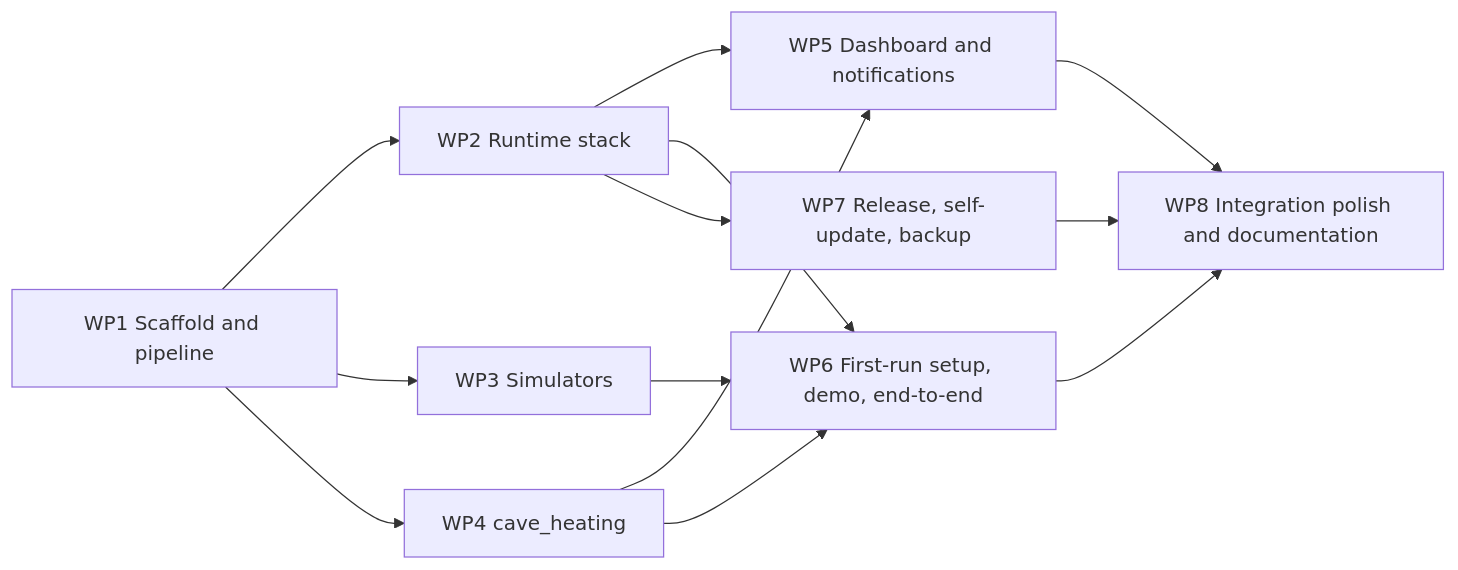
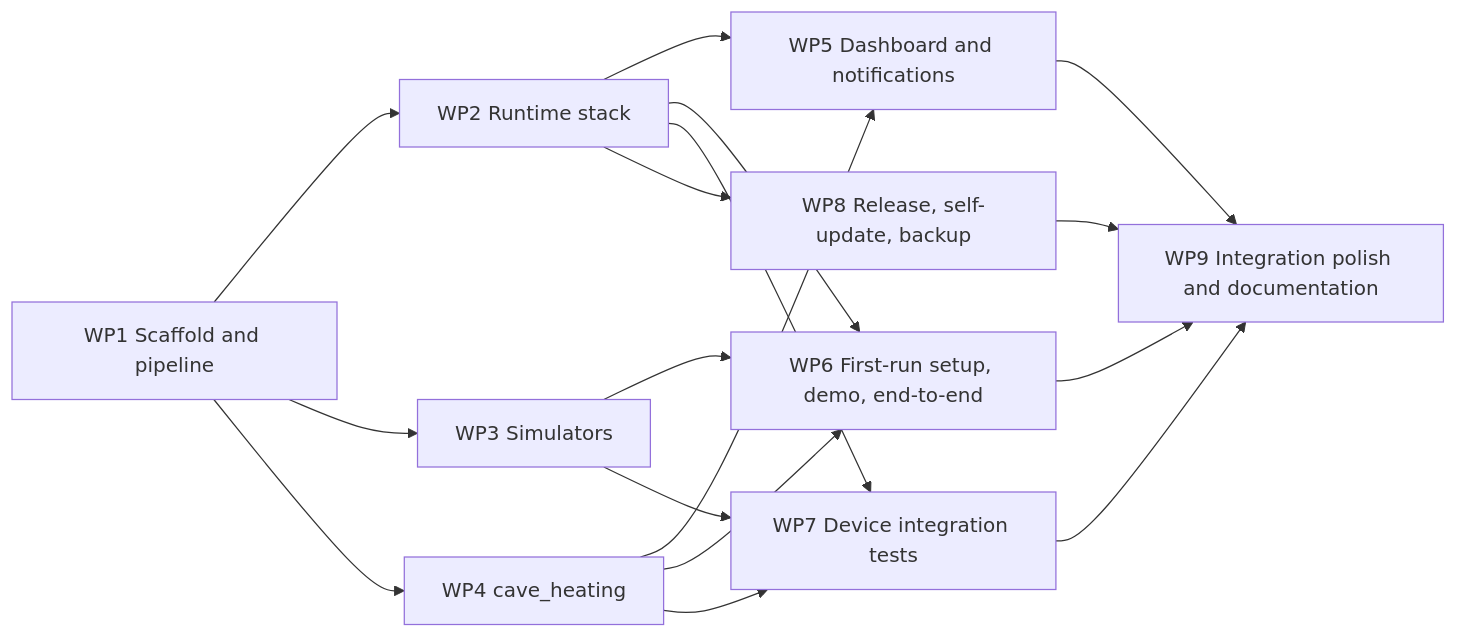
Before and after one commit to oxydonth/cave_system: the diagram in docs/work-packages.md, drawn with Mermaid. The commit also changed other lines of this file and 1 other file, not shown here.

First line of the commit message:
Second revision after review; add device integration tests

````diff
--- a/docs/work-packages.md
+++ b/docs/work-packages.md
@@ -27,15 +27,19 @@
 ```mermaid
 flowchart LR
   wp1["WP1 Scaffold and pipeline"] --> wp2["WP2 Runtime stack"]
   wp1 --> wp3["WP3 Simulators"]
   wp1 --> wp4["WP4 cave_heating"]
   wp2 --> wp5["WP5 Dashboard and notifications"]
   wp4 --> wp5
   wp2 --> wp6["WP6 First-run setup, demo, end-to-end"]
   wp3 --> wp6
   wp4 --> wp6
-  wp2 --> wp7["WP7 Release, self-update, backup"]
-  wp5 --> wp8["WP8 Integration polish and documentation"]
-  wp6 --> wp8
-  wp7 --> wp8
+  wp2 --> wp7["WP7 Device integration tests"]
+  wp3 --> wp7
+  wp4 --> wp7
+  wp2 --> wp8["WP8 Release, self-update, backup"]
+  wp5 --> wp9["WP9 Integration polish and documentation"]
+  wp6 --> wp9
+  wp7 --> wp9
+  wp8 --> wp9
 ```
````
